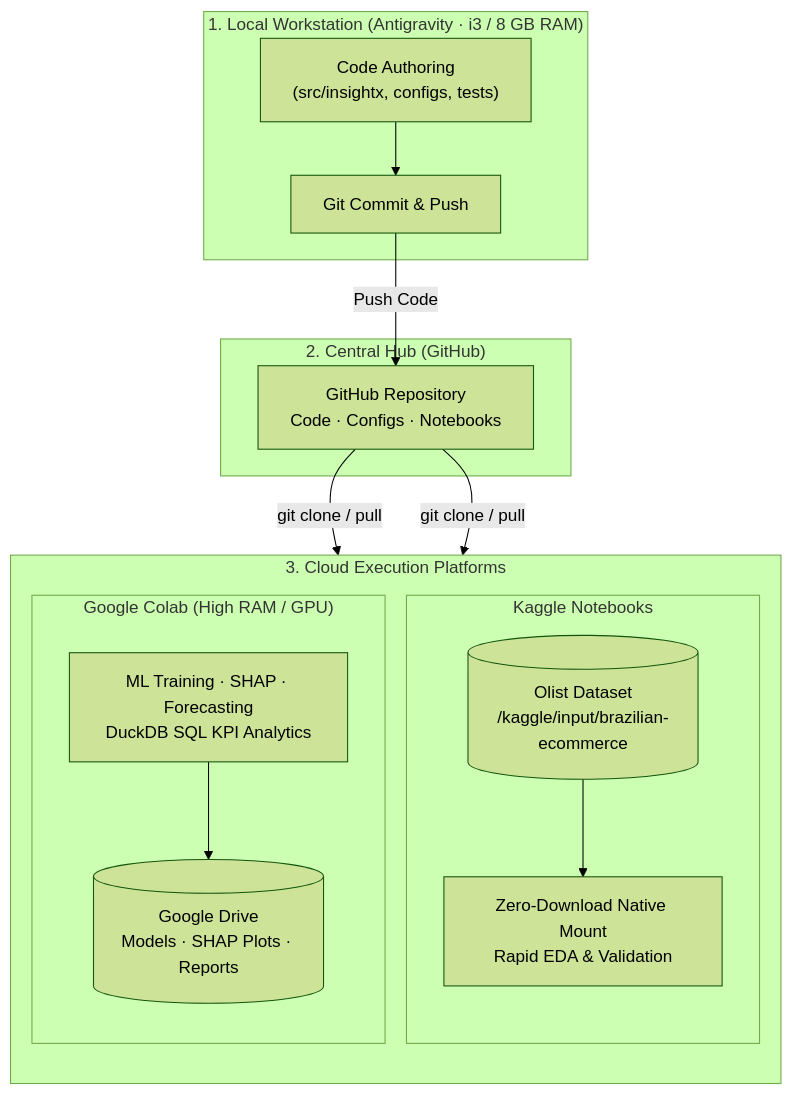
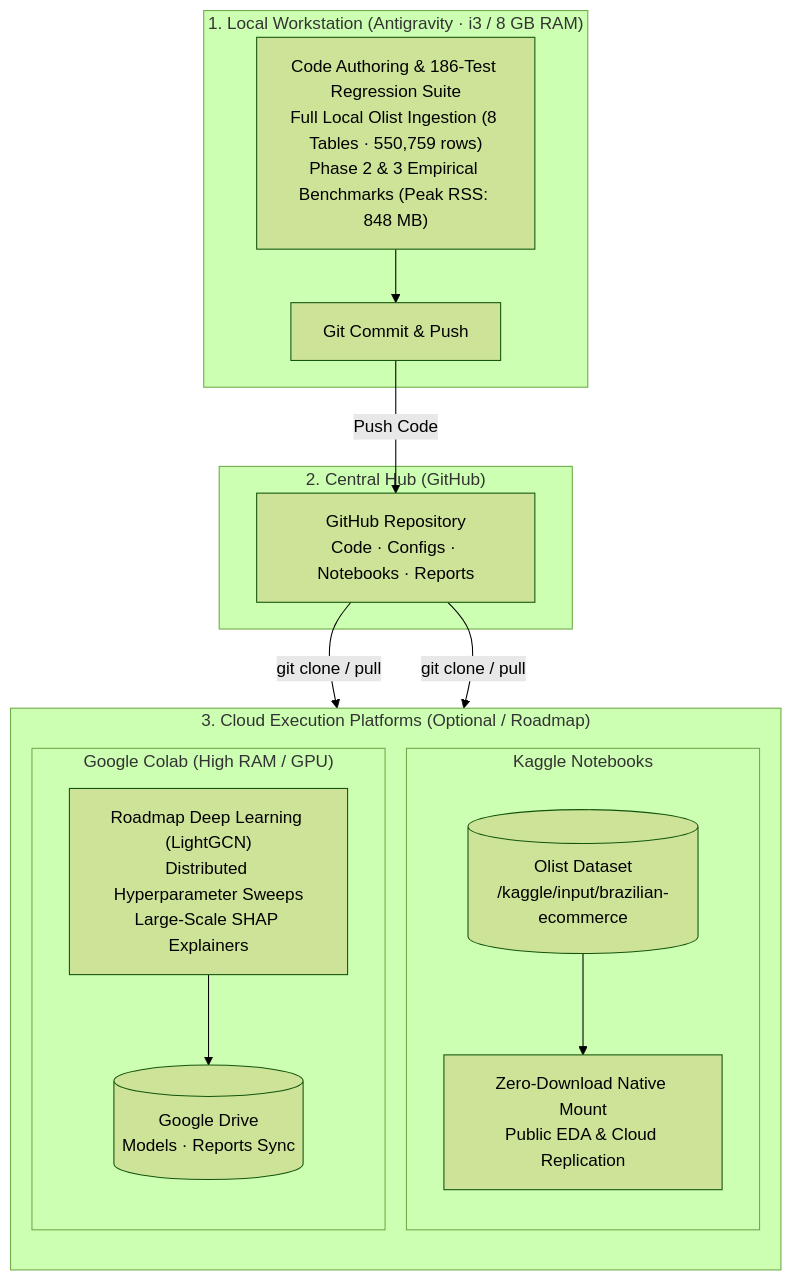
The first of 2 diagrams in README.md (namrata-dev1/InsightX-AI), drawn with Mermaid (forest theme) before and after one commit. The commit also changed other lines of this file and 18 other files, not shown here.

````diff
--- a/README.md
+++ b/README.md
@@ -10,30 +10,30 @@
 ```mermaid
 flowchart TD
     subgraph Local["1. Local Workstation (Antigravity · i3 / 8 GB RAM)"]
-        Dev["Code Authoring\n(src/insightx, configs, tests)"]
+        Dev["Code Authoring & 186-Test Regression Suite\nFull Local Olist Ingestion (8 Tables · 550,759 rows)\nPhase 2 & 3 Empirical Benchmarks (Peak RSS: 848 MB)"]
         GitClient["Git Commit & Push"]
         Dev --> GitClient
     end
 
     subgraph CentralHub["2. Central Hub (GitHub)"]
-        Repo["GitHub Repository\nCode · Configs · Notebooks"]
+        Repo["GitHub Repository\nCode · Configs · Notebooks · Reports"]
     end
 
-    subgraph CloudCompute["3. Cloud Execution Platforms"]
+    subgraph CloudCompute["3. Cloud Execution Platforms (Optional / Roadmap)"]
         direction TB
         subgraph Kaggle["Kaggle Notebooks"]
             KaggleData[("Olist Dataset\n/kaggle/input/brazilian-ecommerce")]
-            KaggleRun["Zero-Download Native Mount\nRapid EDA & Validation"]
+            KaggleRun["Zero-Download Native Mount\nPublic EDA & Cloud Replication"]
             KaggleData --> KaggleRun
         end
         subgraph Colab["Google Colab (High RAM / GPU)"]
-            ColabRun["ML Training · SHAP · Forecasting\nDuckDB SQL KPI Analytics"]
-            GDrive[("Google Drive\nModels · SHAP Plots · Reports")]
+            ColabRun["Roadmap Deep Learning (LightGCN)\nDistributed Hyperparameter Sweeps\nLarge-Scale SHAP Explainers"]
+            GDrive[("Google Drive\nModels · Reports Sync")]
             ColabRun --> GDrive
         end
     end
 
     GitClient -->|Push Code| Repo
     Repo -->|git clone / pull| KaggleRun
     Repo -->|git clone / pull| ColabRun
 ```
````
